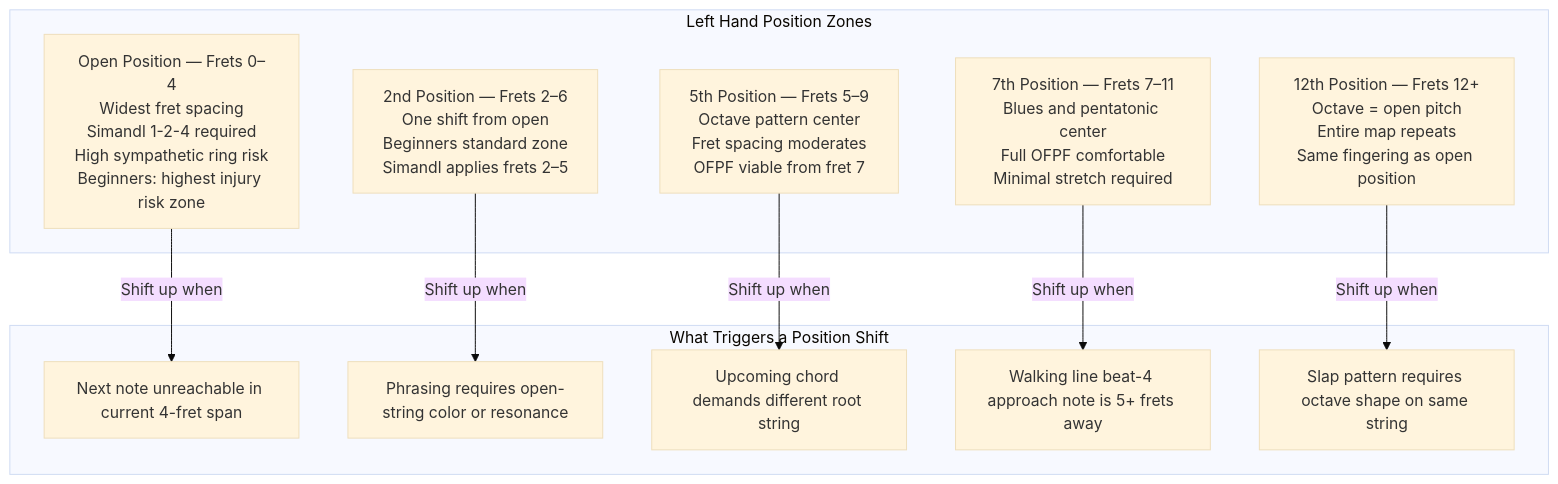
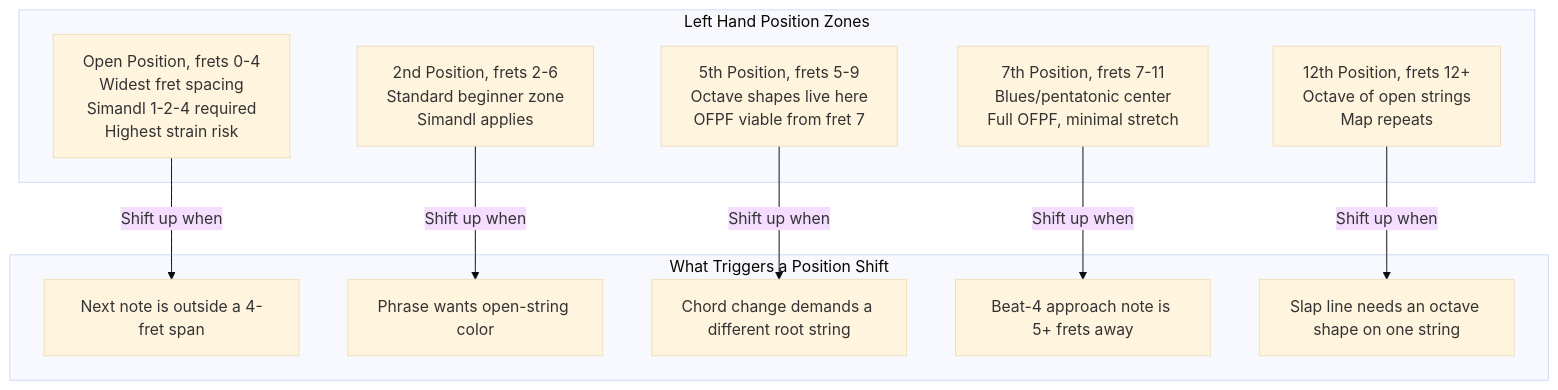
The first of 5 diagrams in topics/arts/music_performance/bass_guitar/labs.md (blebleblee/synapse), drawn with Mermaid (base theme) before and after one commit. The commit also changed other lines of this file and 4 other files, not shown here.

````diff
--- a/topics/arts/music_performance/bass_guitar/labs.md
+++ b/topics/arts/music_performance/bass_guitar/labs.md
@@ -176,24 +120,24 @@
 ```mermaid
 graph TD
     subgraph sub_positions ["Left Hand Position Zones"]
-        P1["Open Position — Frets 0–4\nWidest fret spacing\nSimandl 1-2-4 required\nHigh sympathetic ring risk\nBeginners: highest injury risk zone"]
-        P2["2nd Position — Frets 2–6\nOne shift from open\nBeginners standard zone\nSimandl applies frets 2–5"]
-        P3["5th Position — Frets 5–9\nOctave pattern center\nFret spacing moderates\nOFPF viable from fret 7"]
-        P4["7th Position — Frets 7–11\nBlues and pentatonic center\nFull OFPF comfortable\nMinimal stretch required"]
-        P5["12th Position — Frets 12+\nOctave = open pitch\nEntire map repeats\nSame fingering as open position"]
+        P1["Open Position, frets 0-4\nWidest fret spacing\nSimandl 1-2-4 required\nHighest strain risk"]
+        P2["2nd Position, frets 2-6\nStandard beginner zone\nSimandl applies"]
+        P3["5th Position, frets 5-9\nOctave shapes live here\nOFPF viable from fret 7"]
+        P4["7th Position, frets 7-11\nBlues/pentatonic center\nFull OFPF, minimal stretch"]
+        P5["12th Position, frets 12+\nOctave of open strings\nMap repeats"]
     end
 
     subgraph sub_shift_triggers ["What Triggers a Position Shift"]
-        S1["Next note unreachable in current 4-fret span"]
-        S2["Phrasing requires open-string color or resonance"]
-        S3["Upcoming chord demands different root string"]
-        S4["Walking line beat-4 approach note is 5+ frets away"]
-        S5["Slap pattern requires octave shape on same string"]
+        S1["Next note is outside a 4-fret span"]
+        S2["Phrase wants open-string color"]
+        S3["Chord change demands a different root string"]
+        S4["Beat-4 approach note is 5+ frets away"]
+        S5["Slap line needs an octave shape on one string"]
     end
 
     P1 -->|"Shift up when"| S1
     P2 -->|"Shift up when"| S2
     P3 -->|"Shift up when"| S3
     P4 -->|"Shift up when"| S4
     P5 -->|"Shift up when"| S5
 ```
````
